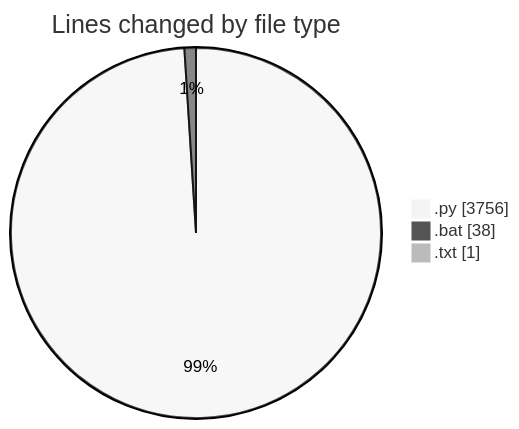
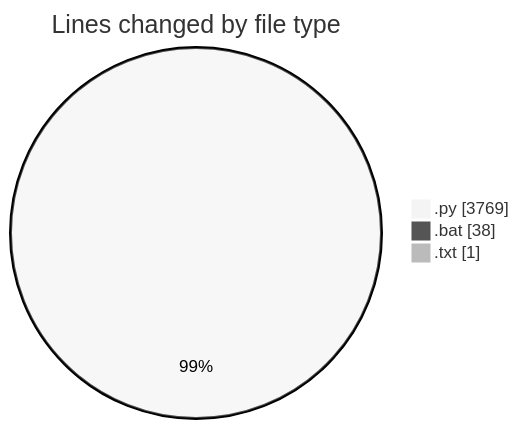
One commit to lephambinh05/code-tracking changed the first of 2 diagrams in 2025-07-21/reg/README.md. Above: the diagram before and after it, drawn with Mermaid (neutral theme). The commit also changed other lines of this file and 1 other file, not shown here.

````diff
--- a/2025-07-21/reg/README.md
+++ b/2025-07-21/reg/README.md
@@ -35,7 +35,7 @@
 ```mermaid
 pie showData
 title Lines changed by file type
-".py" : 3756
+".py" : 3769
 ".bat" : 38
 ".txt" : 1
 ```
````
